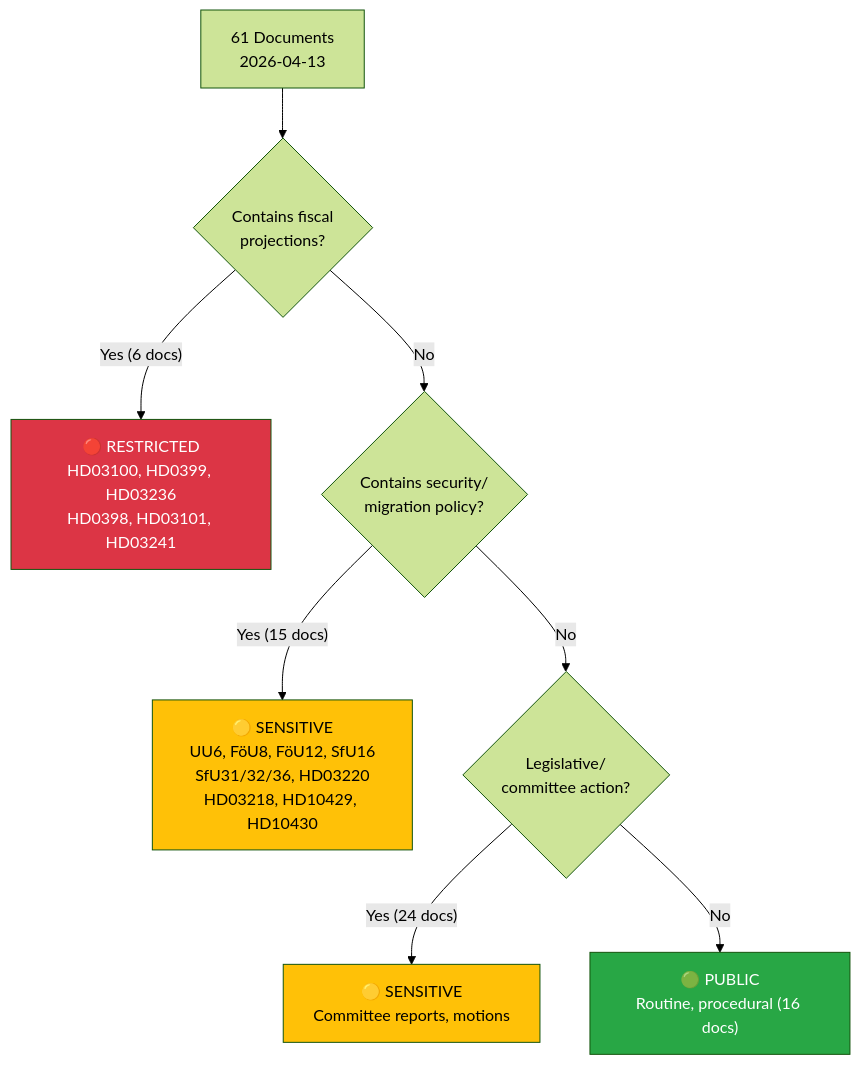
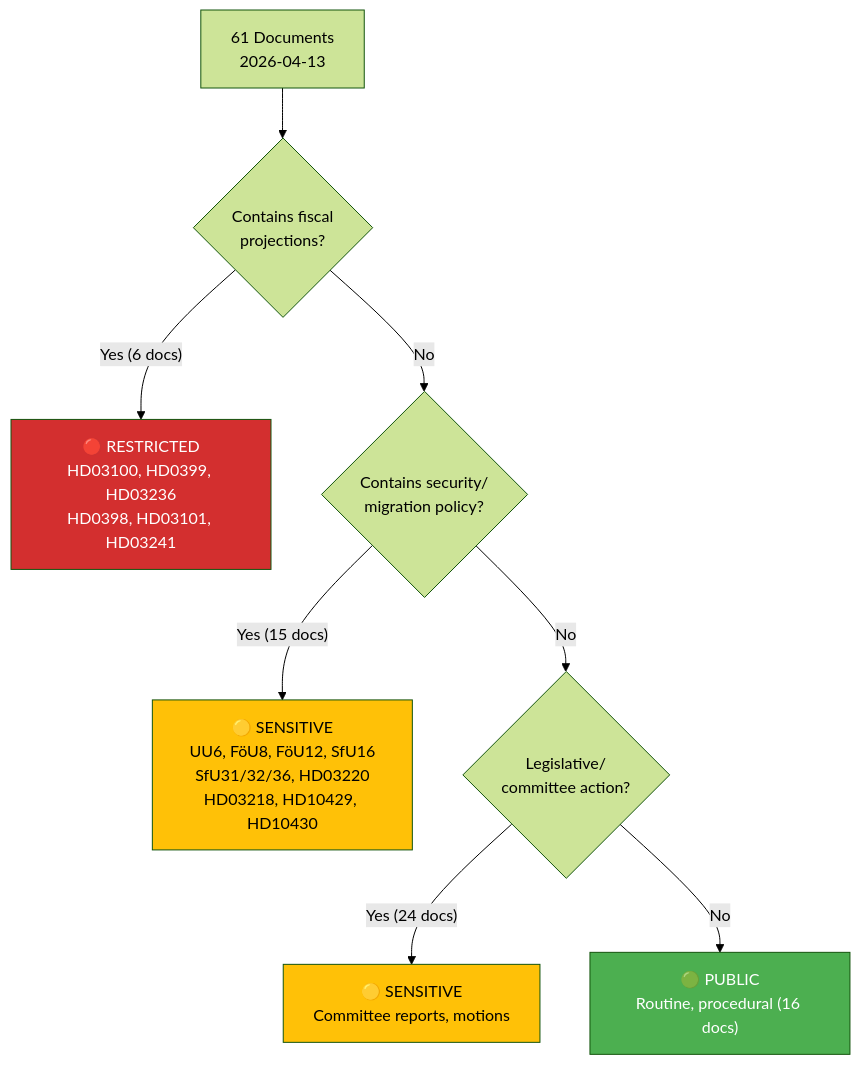
One commit to Hack23/riksdagsmonitor changed the diagram in analysis/daily/2026-04-13/evening-analysis/classification-results.md. Above: the diagram before and after it, drawn with Mermaid (forest theme). The commit also changed 785 other files, not shown here.

First line of the commit message:
Normalize mermaid colors across 786 analysis artifacts to ISMS Style Guide palette

````diff
--- a/analysis/daily/2026-04-13/evening-analysis/classification-results.md
+++ b/analysis/daily/2026-04-13/evening-analysis/classification-results.md
@@ -16,15 +16,15 @@
 ```mermaid
 graph TD
     START["61 Documents<br/>2026-04-13"] --> Q1{"Contains fiscal<br/>projections?"}
     Q1 -->|"Yes (6 docs)"| RES["🔴 RESTRICTED<br/>HD03100, HD0399, HD03236<br/>HD0398, HD03101, HD03241"]
     Q1 -->|"No"| Q2{"Contains security/<br/>migration policy?"}
     Q2 -->|"Yes (15 docs)"| SEN["🟡 SENSITIVE<br/>UU6, FöU8, FöU12, SfU16<br/>SfU31/32/36, HD03220<br/>HD03218, HD10429, HD10430"]
     Q2 -->|"No"| Q3{"Legislative/<br/>committee action?"}
     Q3 -->|"Yes (24 docs)"| SEN2["🟡 SENSITIVE<br/>Committee reports, motions"]
     Q3 -->|"No"| PUB["🟢 PUBLIC<br/>Routine, procedural (16 docs)"]
     
-    style RES fill:#dc3545,color:#fff
-    style SEN fill:#ffc107,color:#000
-    style SEN2 fill:#ffc107,color:#000
-    style PUB fill:#28a745,color:#fff
+    style RES fill:#D32F2F,color:#FFFFFF
+    style SEN fill:#FFC107,color:#000000
+    style SEN2 fill:#FFC107,color:#000000
+    style PUB fill:#4CAF50,color:#FFFFFF
 ```
````
